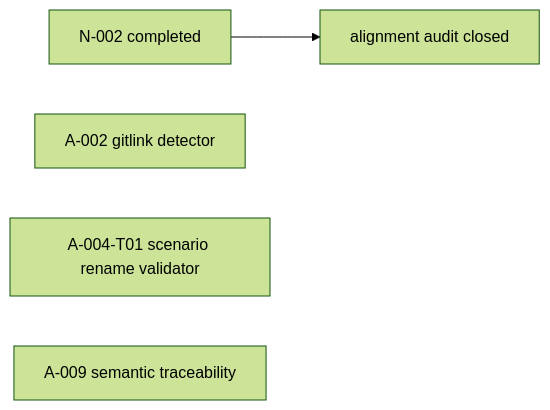
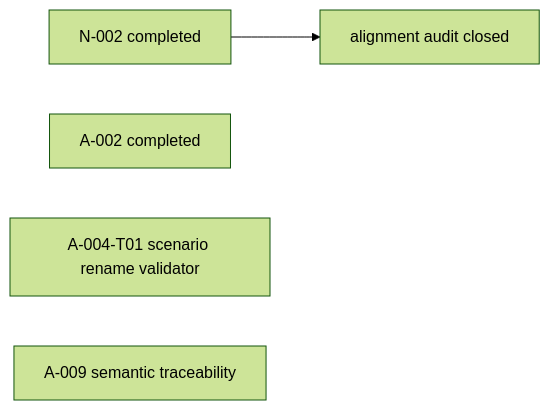
One commit to ethan-jiang-1/ai_deerflow_deep_research_v2 changed the diagram in _backlog/todos/README.md. Above: the diagram before and after it, drawn with Mermaid (forest theme). The commit also changed other lines of this file and 24 other files, not shown here.

Commit message:
feat(governance): establish gitlink boundary detector

````diff
--- a/_backlog/todos/README.md
+++ b/_backlog/todos/README.md
@@ -39,7 +38,7 @@
 ```mermaid
 flowchart LR
   N002["N-002 completed"] --> Close["alignment audit closed"]
-  A002["A-002 gitlink detector"]
+  A002["A-002 completed"]
   T01["A-004-T01 scenario rename validator"]
   A009["A-009 semantic traceability"]
 ```
````
